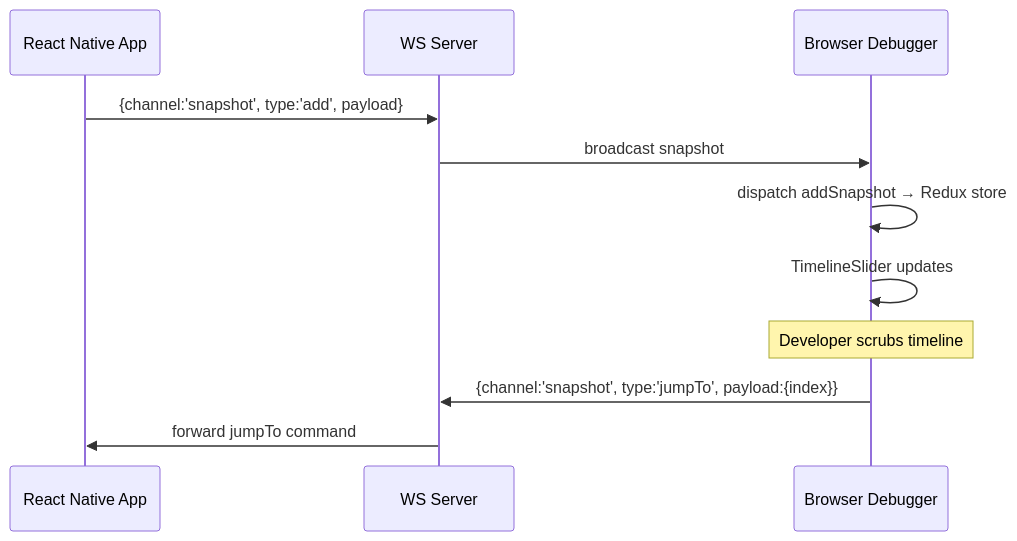
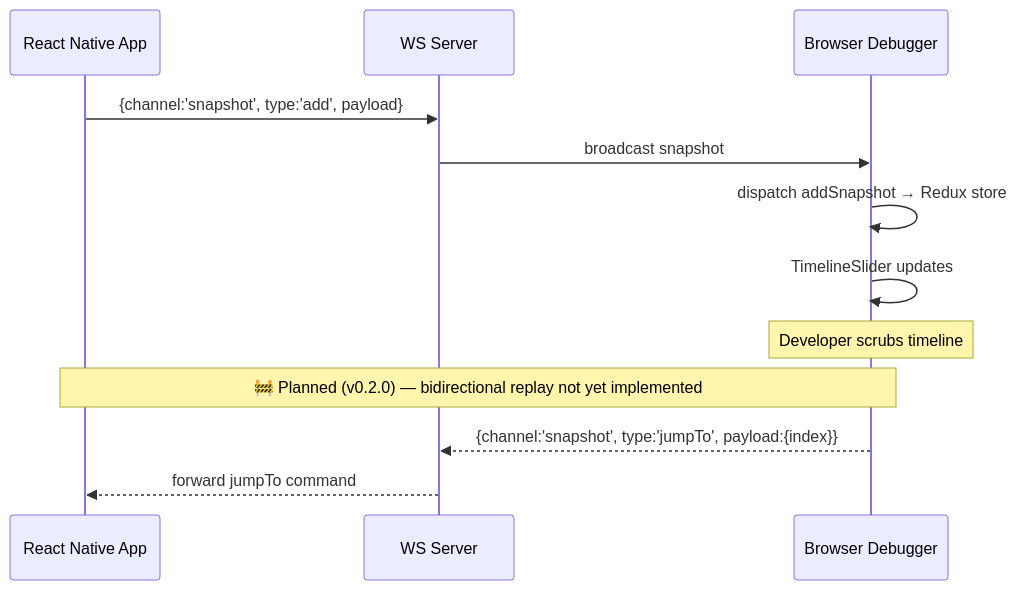
One commit to open-source-labs/Reactime-Native changed the second of 2 diagrams in README.md. Above: the diagram before and after it, drawn with Mermaid.

Commit message:
docs: mark bidirectional replay as planned in sequenceDiagram

````diff
--- a/README.md
+++ b/README.md
@@ -51,16 +51,17 @@
 ```mermaid
 sequenceDiagram
     participant RN as React Native App
     participant S  as WS Server
     participant UI as Browser Debugger
 
     RN->>S: {channel:'snapshot', type:'add', payload}
     S->>UI: broadcast snapshot
     UI->>UI: dispatch addSnapshot → Redux store
     UI->>UI: TimelineSlider updates
 
     Note over UI: Developer scrubs timeline
 
-    UI->>S: {channel:'snapshot', type:'jumpTo', payload:{index}}
-    S->>RN: forward jumpTo command
+    Note over UI,RN: 🚧 Planned (v0.2.0) — bidirectional replay not yet implemented
+    UI-->>S: {channel:'snapshot', type:'jumpTo', payload:{index}}
+    S-->>RN: forward jumpTo command
 ```
````
